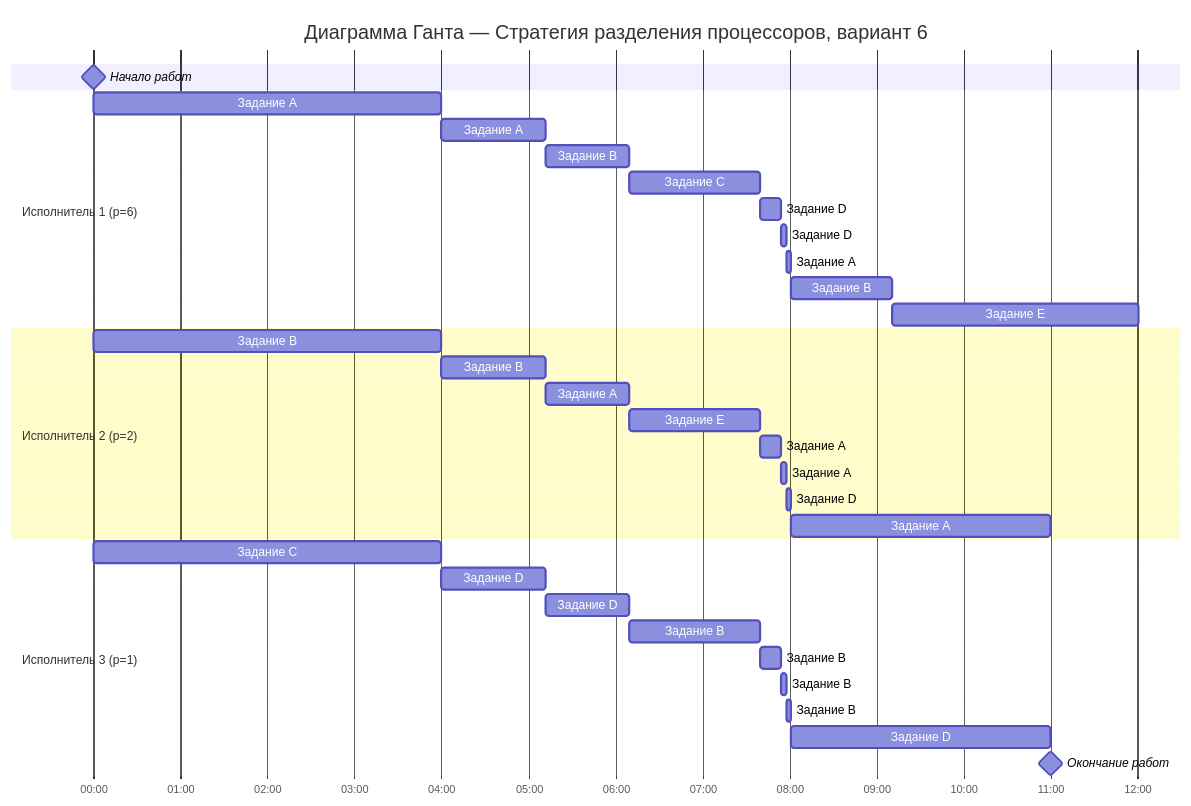
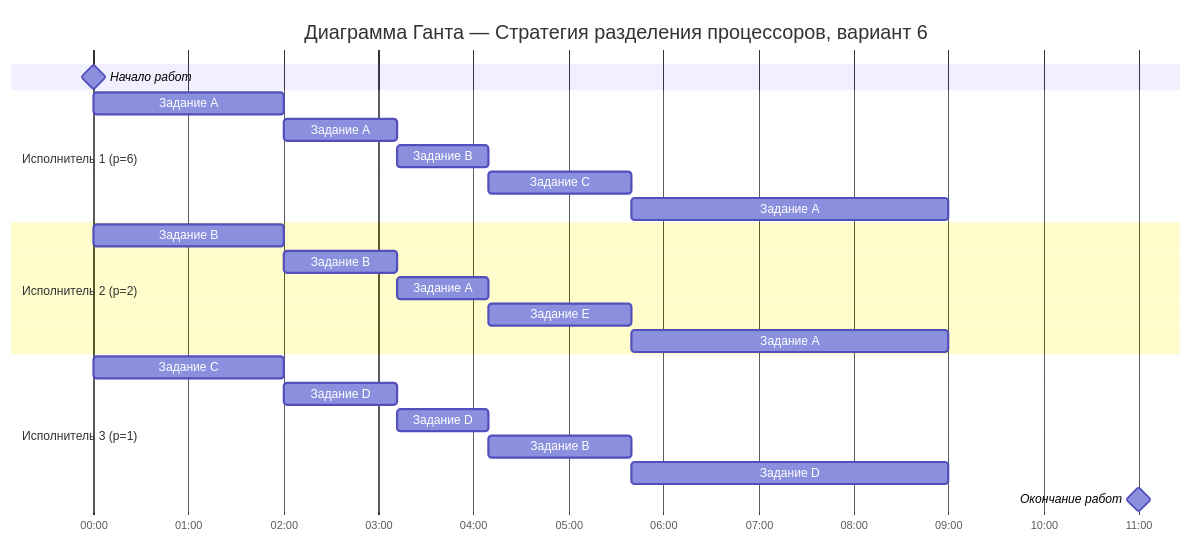
The diagram in Задание 12/MergeSort.md (hse-algo-psapr-25/manual-tasks), drawn with Mermaid before and after one commit. The commit also changed other lines of this file, not shown here.

````diff
--- a/Задание 12/MergeSort.md
+++ b/Задание 12/MergeSort.md
@@ -215,42 +256,32 @@
 ```mermaid
 gantt
     title Диаграмма Ганта — Стратегия разделения процессоров, вариант 6
     dateFormat  HH:mm
     axisFormat  %H:%M
     todayMarker off
 
     Начало работ : milestone, m1, 00:00, 0h
-    
+
     section Исполнитель 1 (p=6)
-    Задание A          :a1, 00:00, 4h
-    Задание A          :a2, after a1, 1.2h
-    Задание B          :a3, after a2, 0.96h
-    Задание C          :a4, after a3, 1.5h
-    Задание D          :a5, after a4, 0.24h
-    Задание D          :a6, after a5, 0.06h
-    Задание A          :a7, after a6, 0.05h
-    Задание B          :a8, after a7, 1.165h
-    Задание E          :a9, after a8, 2.835h
-    
+    Задание A :a1, 00:00, 2h
+    Задание A :a2, after a1, 1.2h
+    Задание B :a3, after a2, 0.96h
+    Задание C :a4, after a3, 1.5h
+    Задание A :a5, after a4, 3.34h
+
     section Исполнитель 2 (p=2)
-    Задание B          :b1, 00:00, 4h
-    Задание B          :b2, after b1, 1.2h
-    Задание A          :b3, after b2, 0.96h
-    Задание E          :b4, after b3, 1.5h
-    Задание A          :b5, after b4, 0.24h
-    Задание A          :b6, after b5, 0.06h
-    Задание D          :b7, after b6, 0.05h
-    Задание A          :b8, after b7, 2.99h
-    
+    Задание B :b1, 00:00, 2h
+    Задание B :b2, after b1, 1.2h
+    Задание A :b3, after b2, 0.96h
+    Задание E :b4, after b3, 1.5h
+    Задание A :b5, after b4, 3.34h
+
     section Исполнитель 3 (p=1)
-    Задание C          :c1, 00:00, 4h
-    Задание D          :c2, after c1, 1.2h
-    Задание D          :c3, after c2, 0.96h
-    Задание B          :c4, after c3, 1.5h
-    Задание B          :c5, after c4, 0.24h
-    Задание B          :c6, after c5, 0.06h
-    Задание B          :c7, after c6, 0.05h
-    Задание D          :c8, after c7, 2.99h
-    
+    Задание C :c1, 00:00, 2h
+    Задание D :c2, after c1, 1.2h
+    Задание D :c3, after c2, 0.96h
+    Задание B :c4, after c3, 1.5h
+    Задание D :c5, after c4, 3.34h
+
     Окончание работ : milestone, m2, 11:00, 0h
 ```
````
